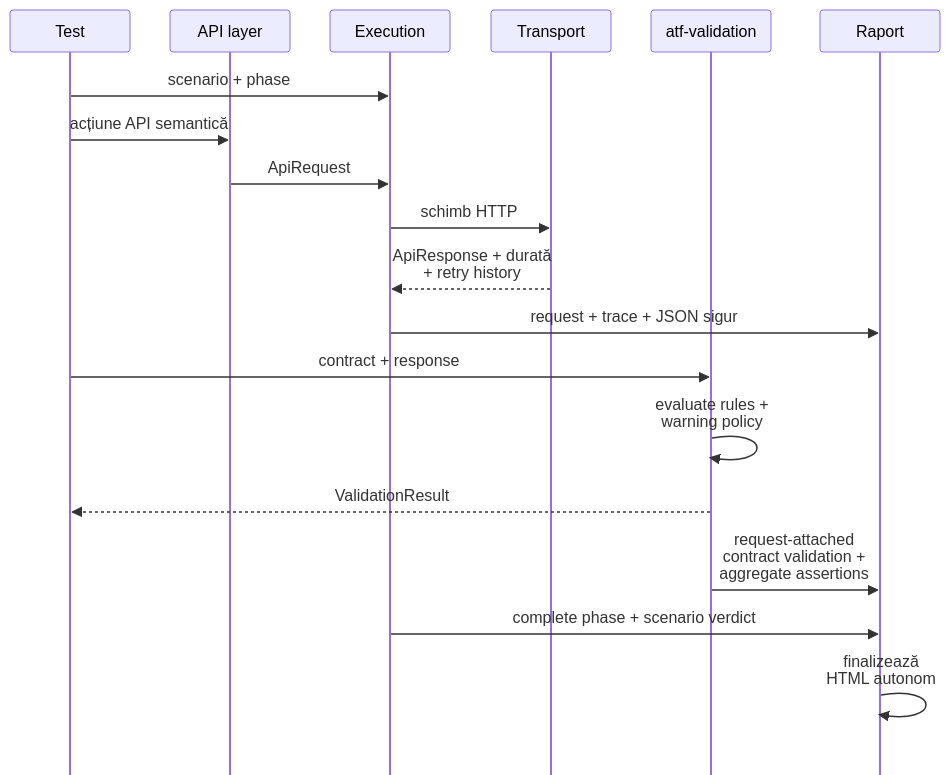
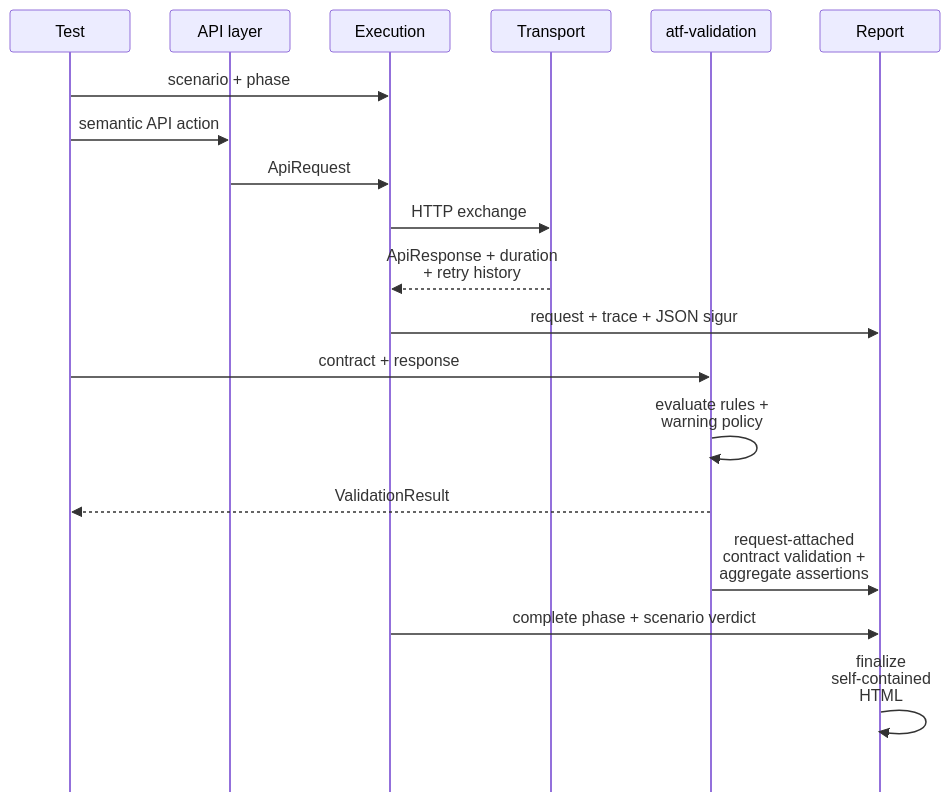
Before and after one commit to crististefanita/atf_j1: the fifth of 12 diagrams in docs/ATF_Architecture.md, drawn with Mermaid. The commit also changed other lines of this file and 83 other files, not shown here.

````diff
--- a/docs/ATF_Architecture.md
+++ b/docs/ATF_Architecture.md
@@ -355,23 +357,23 @@
 ```mermaid
 %%{init: {"themeVariables":{"fontSize":"15px","actorFontSize":"15px","messageFontSize":"12px","noteFontSize":"12px"},"themeCSS":".actor { font-size: 15px !important; } .messageText, .labelText, .loopText, .noteText { font-size: 12px !important; }","sequence":{"actorFontSize":15,"messageFontSize":12,"noteFontSize":12,"width":120,"height":42,"actorMargin":40,"messageMargin":24,"mirrorActors":false,"wrap":true,"wrapPadding":6}}}%%
 sequenceDiagram
     participant T as Test
     participant M as API layer
     participant E as Execution
     participant H as Transport
     participant V as atf-validation
-    participant R as Raport
+    participant R as Report
 
     T->>E: scenario + phase
-    T->>M: acțiune API semantică
+    T->>M: semantic API action
     M->>E: ApiRequest
-    E->>H: schimb HTTP
-    H-->>E: ApiResponse + durată + retry history
+    E->>H: HTTP exchange
+    H-->>E: ApiResponse + duration + retry history
     E->>R: request + trace + JSON sigur
     T->>V: contract + response
     V->>V: evaluate rules + warning policy
     V-->>T: ValidationResult
     V->>R: request-attached contract validation + aggregate assertions
     E->>R: complete phase + scenario verdict
-    R->>R: finalizează HTML autonom
+    R->>R: finalize self-contained HTML
 ```
````
